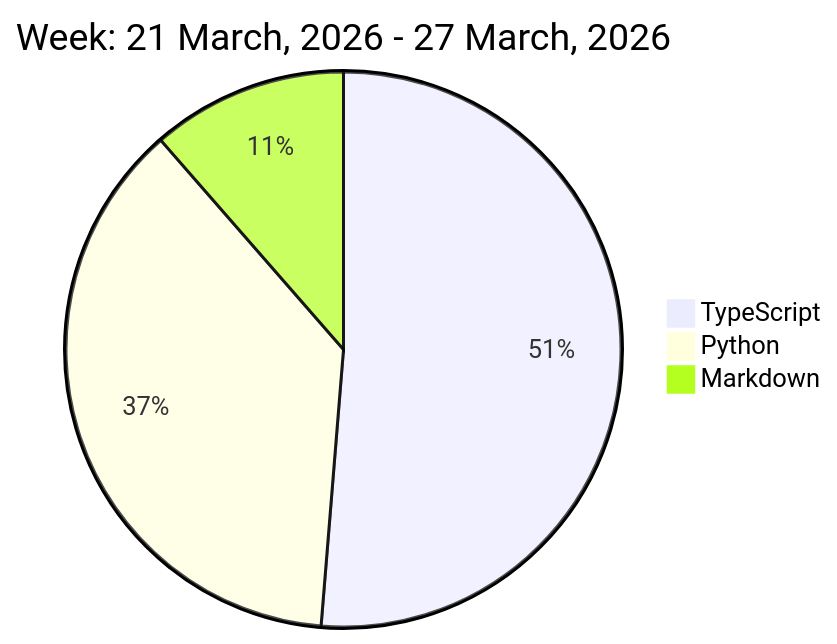
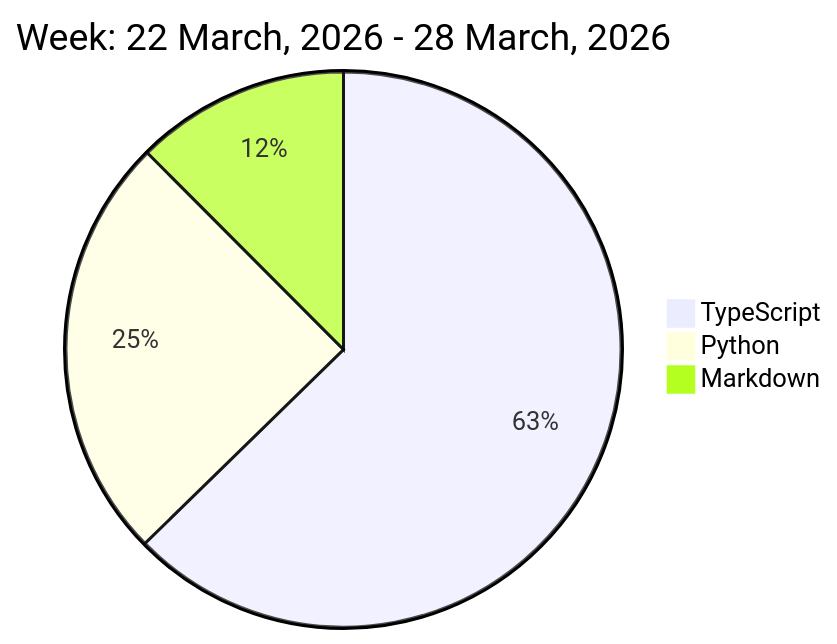
One commit to liubin95/liubin95 changed the diagram in README.md. Above: the diagram before and after it, drawn with Mermaid.

Commit message:
Updated the Graph with new Metrics

````diff
--- a/README.md
+++ b/README.md
@@ -32,7 +32,7 @@
 ```mermaid
  pie
-title Week: 21 March, 2026 - 27 March, 2026
+title Week: 22 March, 2026 - 28 March, 2026
  "TypeScript" : 10.55
- "Python" : 7.67
- "Markdown" : 2.35
+ "Python" : 4.18
+ "Markdown" : 2.1
 ```
````
